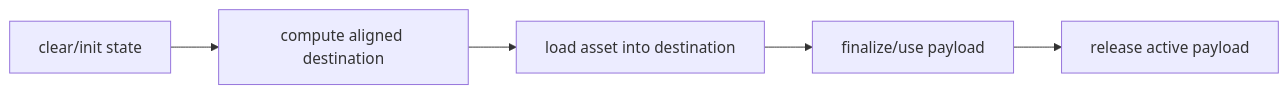
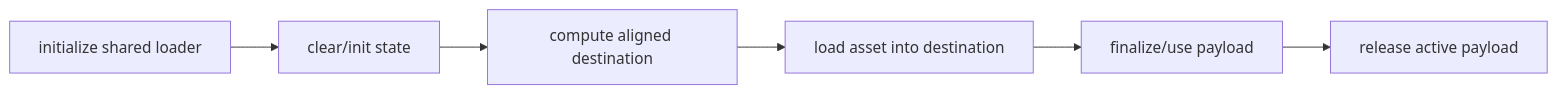
Before and after one commit to vairacing-tech/GT2-DECOMP: the diagram in docs/GT_MODE_OVERLAY5.md, drawn with Mermaid. The commit also changed other lines of this file and 6 other files, not shown here.

Commit message:
recover GT Mode shared loader lifecycle

````diff
--- a/docs/GT_MODE_OVERLAY5.md
+++ b/docs/GT_MODE_OVERLAY5.md
@@ -46,7 +50,8 @@
 ```mermaid
 flowchart LR
-    A["clear/init state"] --> B["compute aligned destination"]
-    B --> C["load asset into destination"]
-    C --> D["finalize/use payload"]
-    D --> E["release active payload"]
+    A["initialize shared loader"] --> B["clear/init state"]
+    B --> C["compute aligned destination"]
+    C --> D["load asset into destination"]
+    D --> E["finalize/use payload"]
+    E --> F["release active payload"]
 ```
````
